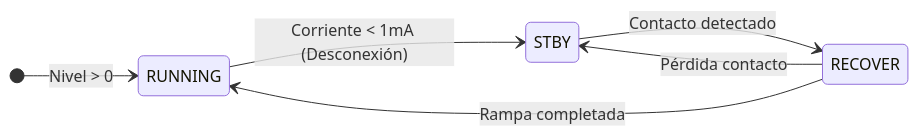
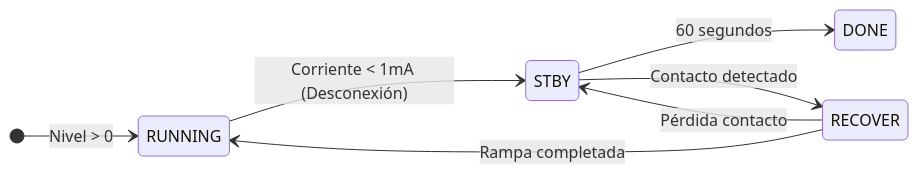
The diagram in mermaids/canales.mmd (techyberme/TENS-S3), drawn with Mermaid before and after one commit. The commit also changed 19 other files, not shown here.

```diff
--- a/mermaids/canales.mmd
+++ b/mermaids/canales.mmd
@@ -1,10 +1,10 @@
 stateDiagram-v2
     direction LR
     [*] --> RUNNING : Nivel > 0
     
     RUNNING --> STBY : Corriente < 1mA (Desconexión)
-    
+    STBY --> DONE : 60 segundos
     STBY --> RECOVER : Contacto detectado 
     
     RECOVER --> RUNNING : Rampa completada
     RECOVER --> STBY : Pérdida contacto
```
